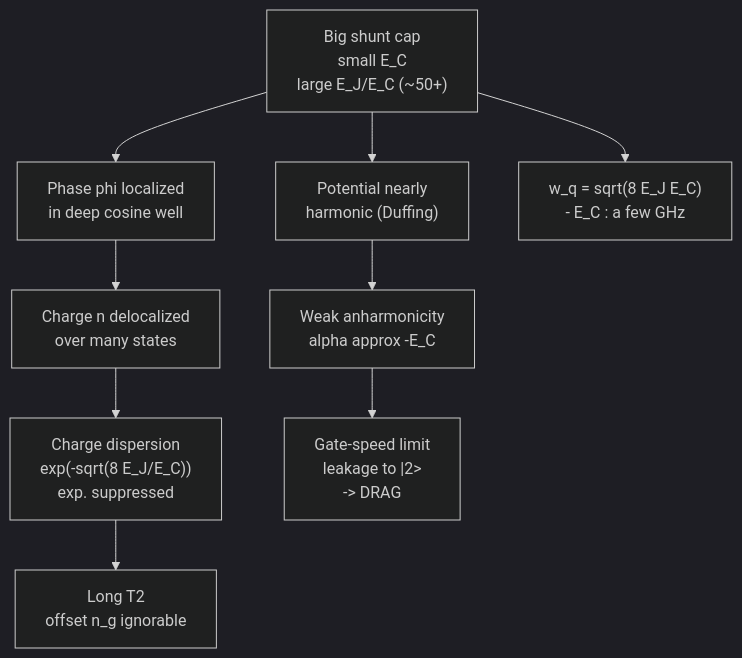
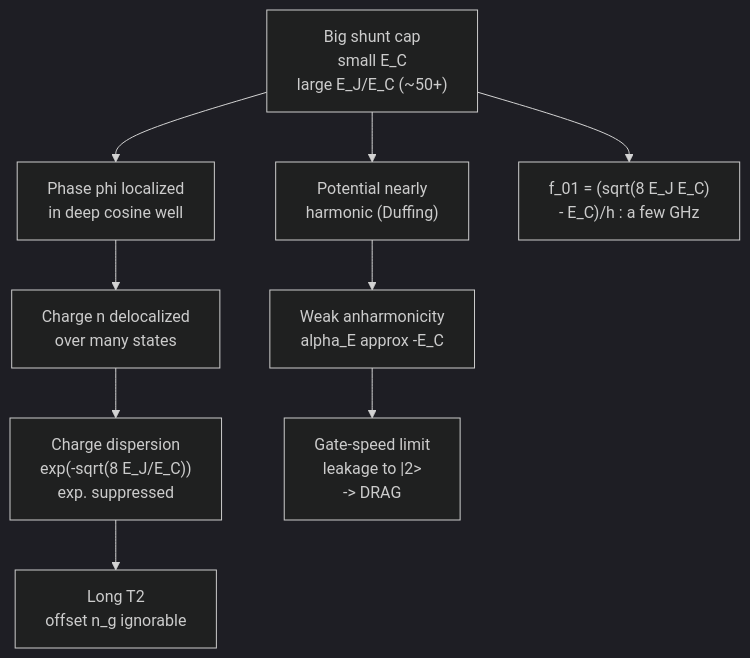
The diagram in tutorial/04-transmon.md (Iamsohungrynow/superconducting-qubits-journey), drawn with Mermaid (dark theme) before and after one commit. The commit also changed other lines of this file and 17 other files, not shown here.

````diff
--- a/tutorial/04-transmon.md
+++ b/tutorial/04-transmon.md
@@ -7,11 +7,11 @@
 ```mermaid
 flowchart TD
   A["Big shunt cap<br/>small E_C<br/>large E_J/E_C (~50+)"] --> B["Phase phi localized<br/>in deep cosine well"]
   B --> C["Charge n delocalized<br/>over many states"]
   C --> D["Charge dispersion<br/>exp(-sqrt(8 E_J/E_C))<br/>exp. suppressed"]
   D --> E["Long T2<br/>offset n_g ignorable"]
   A --> F["Potential nearly<br/>harmonic (Duffing)"]
-  F --> G["Weak anharmonicity<br/>alpha approx -E_C"]
+  F --> G["Weak anharmonicity<br/>alpha_E approx -E_C"]
   G --> H["Gate-speed limit<br/>leakage to |2><br/>-> DRAG"]
-  A --> I["w_q = sqrt(8 E_J E_C)<br/>- E_C : a few GHz"]
+  A --> I["f_01 = (sqrt(8 E_J E_C)<br/>- E_C)/h : a few GHz"]
 ```
````
